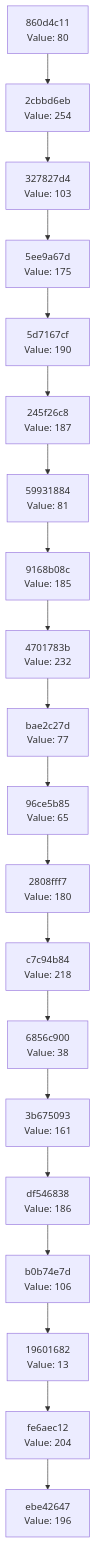
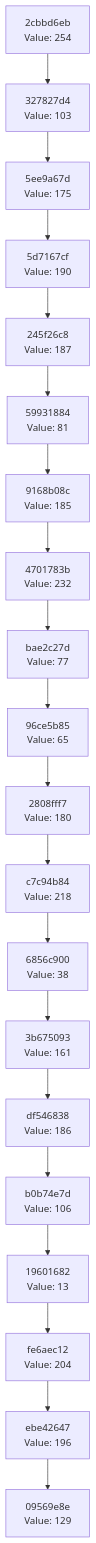
The diagram in docs/CHAIN_VISUALIZATION.md (Abhisheksinha1506/hash-chain-evolver), drawn with Mermaid before and after one commit. The commit also changed 2 other files, not shown here.

Commit message:
Evolution step: hash 0x81 → action executed

````diff
--- a/docs/CHAIN_VISUALIZATION.md
+++ b/docs/CHAIN_VISUALIZATION.md
@@ -3,42 +3,42 @@
 ```mermaid
 graph TD
-    C0["ebe42647<br/>Value: 196"]
-    C1["fe6aec12<br/>Value: 204"]
+    C0["09569e8e<br/>Value: 129"]
+    C1["ebe42647<br/>Value: 196"]
     C1 --> C0
-    C2["19601682<br/>Value: 13"]
+    C2["fe6aec12<br/>Value: 204"]
     C2 --> C1
-    C3["b0b74e7d<br/>Value: 106"]
+    C3["19601682<br/>Value: 13"]
     C3 --> C2
-    C4["df546838<br/>Value: 186"]
+    C4["b0b74e7d<br/>Value: 106"]
     C4 --> C3
-    C5["3b675093<br/>Value: 161"]
+    C5["df546838<br/>Value: 186"]
     C5 --> C4
-    C6["6856c900<br/>Value: 38"]
+    C6["3b675093<br/>Value: 161"]
     C6 --> C5
-    C7["c7c94b84<br/>Value: 218"]
+    C7["6856c900<br/>Value: 38"]
     C7 --> C6
-    C8["2808fff7<br/>Value: 180"]
+    C8["c7c94b84<br/>Value: 218"]
     C8 --> C7
-    C9["96ce5b85<br/>Value: 65"]
+    C9["2808fff7<br/>Value: 180"]
     C9 --> C8
-    C10["bae2c27d<br/>Value: 77"]
+    C10["96ce5b85<br/>Value: 65"]
     C10 --> C9
-    C11["4701783b<br/>Value: 232"]
+    C11["bae2c27d<br/>Value: 77"]
     C11 --> C10
-    C12["9168b08c<br/>Value: 185"]
+    C12["4701783b<br/>Value: 232"]
     C12 --> C11
-    C13["59931884<br/>Value: 81"]
+    C13["9168b08c<br/>Value: 185"]
     C13 --> C12
-    C14["245f26c8<br/>Value: 187"]
+    C14["59931884<br/>Value: 81"]
     C14 --> C13
-    C15["5d7167cf<br/>Value: 190"]
+    C15["245f26c8<br/>Value: 187"]
     C15 --> C14
-    C16["5ee9a67d<br/>Value: 175"]
+    C16["5d7167cf<br/>Value: 190"]
     C16 --> C15
-    C17["327827d4<br/>Value: 103"]
+    C17["5ee9a67d<br/>Value: 175"]
     C17 --> C16
-    C18["2cbbd6eb<br/>Value: 254"]
+    C18["327827d4<br/>Value: 103"]
     C18 --> C17
-    C19["860d4c11<br/>Value: 80"]
+    C19["2cbbd6eb<br/>Value: 254"]
     C19 --> C18
 ```
````
